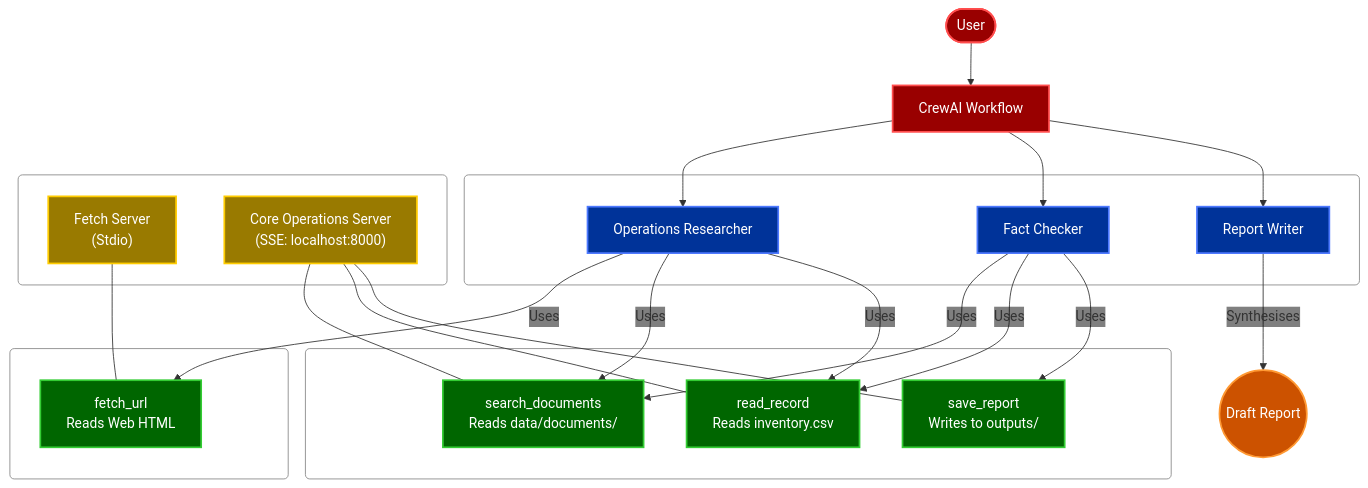
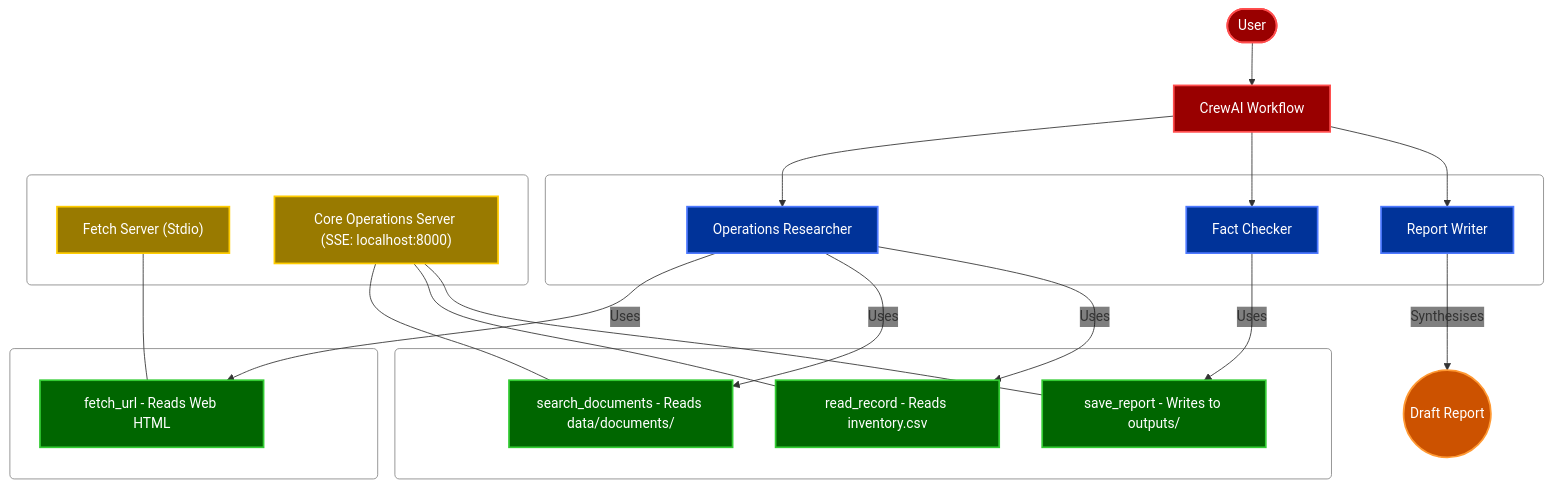
The first of 2 diagrams in README.md (NiranjanHebli/operations-assistant), drawn with Mermaid before and after one commit. The commit also changed other lines of this file and 24 other files, not shown here.

````diff
--- a/README.md
+++ b/README.md
@@ -69,68 +69,66 @@
 ```mermaid
 %%{init: {'themeVariables': {'edgeLabelBackground':'transparent'}}}%%
 graph TD
     classDef mainSubgraph fill:none,stroke:#888,stroke-width:1px,rx:5,ry:5,color:#fff;
     classDef redL1 fill:#990000,stroke:#ff4d4d,stroke-width:2px,color:#fff;
     classDef blueL2 fill:#003399,stroke:#4d79ff,stroke-width:2px,color:#fff;
     classDef yellowL3 fill:#997a00,stroke:#ffcc00,stroke-width:2px,color:#fff;
     classDef greenL4 fill:#006600,stroke:#33cc33,stroke-width:2px,color:#fff;
     classDef orangeL5 fill:#cc5200,stroke:#ff9933,stroke-width:2px,color:#fff;
 
     User(["User"])
     Crew["CrewAI Workflow"]
     class User,Crew redL1;
 
     User --> Crew
 
     subgraph CrewAIAgents["CrewAI Agents"]
         OR["Operations Researcher"]
         FC["Fact Checker"]
         RW["Report Writer"]
         class OR,RW,FC blueL2;
     end
     class CrewAIAgents mainSubgraph;
 
     Crew --> OR
     Crew --> FC
     Crew --> RW
 
     subgraph MCPServers["MCP Servers"]
-        Fetch["Fetch Server<br/>(Stdio)"]
-        Core["Core Operations Server<br/>(SSE: localhost:8000)"]
+        Fetch["Fetch Server (Stdio)"]
+        Core["Core Operations Server (SSE: localhost:8000)"]
         class Core,Fetch yellowL3;
     end
     class MCPServers mainSubgraph;
 
     subgraph FetchTools["Fetch Tools (Stdio)"]
-        fetch_url["fetch_url<br/>Reads Web HTML"]
+        fetch_url["fetch_url - Reads Web HTML"]
         class fetch_url greenL4;
     end
     class FetchTools mainSubgraph;
 
     subgraph CoreTools["Core Tools (SSE)"]
-        search_documents["search_documents<br/>Reads data/documents/"]
-        read_record["read_record<br/>Reads inventory.csv"]
-        save_report["save_report<br/>Writes to outputs/"]
+        search_documents["search_documents - Reads data/documents/"]
+        read_record["read_record - Reads inventory.csv"]
+        save_report["save_report - Writes to outputs/"]
         class search_documents,read_record,save_report greenL4;
     end
     class CoreTools mainSubgraph;
 
     %% Independent output node with new orange styling
     Draft(("Draft Report"))
     class Draft orangeL5;
 
     Fetch --- fetch_url
     Core --- search_documents
     Core --- read_record
     Core --- save_report
 
     OR -->|"Uses"| fetch_url
     OR -->|"Uses"| search_documents
     OR -->|"Uses"| read_record
 
-    FC -->|"Uses"| search_documents
-    FC -->|"Uses"| read_record
     FC -->|"Uses"| save_report
 
     RW -->|"Synthesises"| Draft
 ```
````
